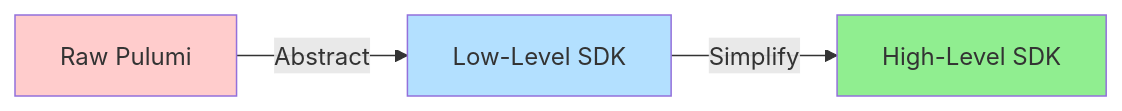
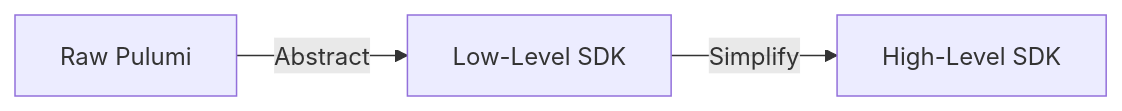
The sixth of 6 diagrams in pages/section-5.md (voioo/iac-pulumi-seminar), drawn with Mermaid before and after one commit. The commit also changed other lines of this file and 6 other files, not shown here.

````diff
--- a/pages/section-5.md
+++ b/pages/section-5.md
@@ -585,8 +567,5 @@
 ```mermaid {scale: 0.7}
 flowchart LR
     A[Raw Pulumi] -->|Abstract| B[Low-Level SDK]
     B -->|Simplify| C[High-Level SDK]
-    style A fill:#ffcccc
-    style B fill:#b3e0ff
-    style C fill:#90EE90
 ```
````
